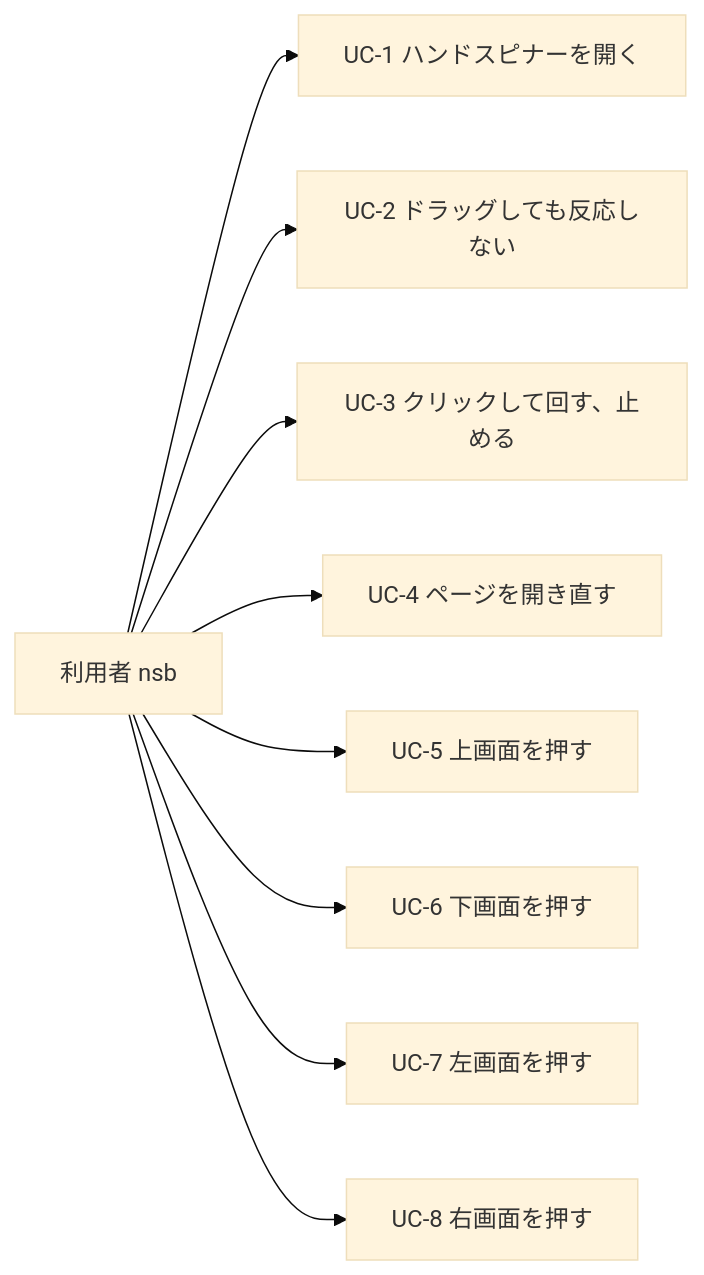
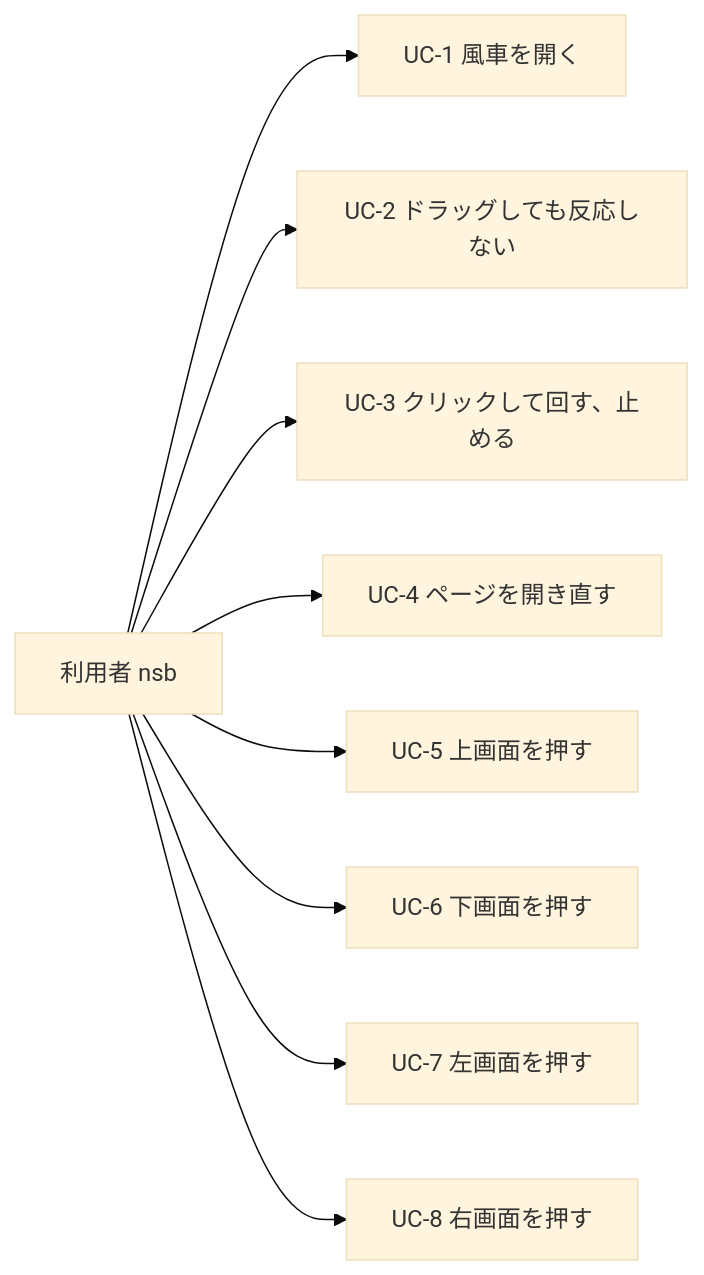
The first of 9 diagrams in spinner/ドキュメント/ユースケース.md (pfgnsb/hand-spinner), drawn with Mermaid (base theme) before and after one commit. The commit also changed other lines of this file and 13 other files, not shown here.

````diff
--- a/spinner/ドキュメント/ユースケース.md
+++ b/spinner/ドキュメント/ユースケース.md
@@ -30,12 +30,12 @@
 ```mermaid
 flowchart LR
   user[利用者 nsb]
-  user --> uc1[UC-1 ハンドスピナーを開く]
+  user --> uc1[UC-1 風車を開く]
   user --> uc2[UC-2 ドラッグしても反応しない]
   user --> uc3[UC-3 クリックして回す、止める]
   user --> uc4[UC-4 ページを開き直す]
   user --> uc5[UC-5 上画面を押す]
   user --> uc6[UC-6 下画面を押す]
   user --> uc7[UC-7 左画面を押す]
   user --> uc8[UC-8 右画面を押す]
 ```
````
